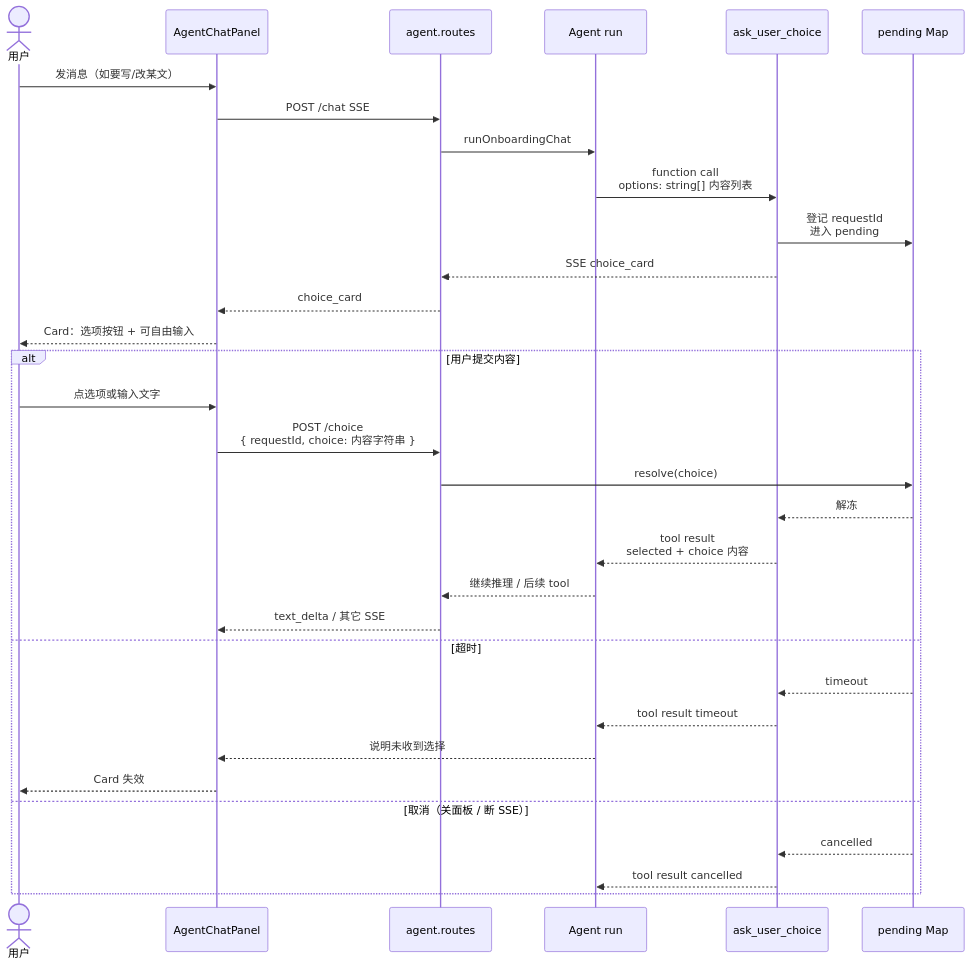
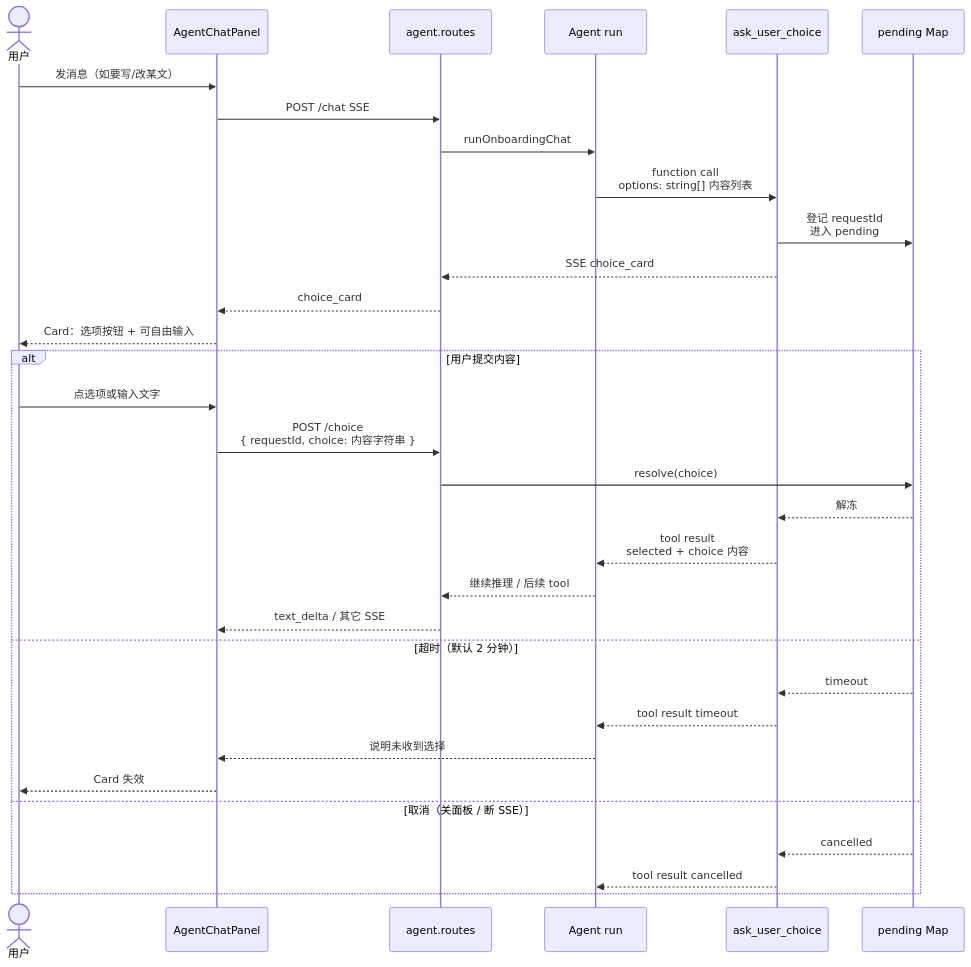
One commit to xuhuafeifei/mdocs changed the first of 2 diagrams in .mdocs-docs/diagrams/ask-user-choice-flow.md. Above: the diagram before and after it, drawn with Mermaid. The commit also changed other lines of this file and 17 other files, not shown here.

````diff
--- a/.mdocs-docs/diagrams/ask-user-choice-flow.md
+++ b/.mdocs-docs/diagrams/ask-user-choice-flow.md
@@ -7,37 +7,37 @@
 ```mermaid
 sequenceDiagram
   actor U as 用户
   participant UI as AgentChatPanel
   participant API as agent.routes
   participant Ag as Agent run
   participant T as ask_user_choice
   participant Pend as pending Map
 
   U->>UI: 发消息（如要写/改某文）
   UI->>API: POST /chat SSE
   API->>Ag: runOnboardingChat
   Ag->>T: function call<br/>options: string[] 内容列表
 
   T->>Pend: 登记 requestId<br/>进入 pending
   T-->>API: SSE choice_card
   API-->>UI: choice_card
   UI-->>U: Card：选项按钮 + 可自由输入
 
   alt 用户提交内容
     U->>UI: 点选项或输入文字
     UI->>API: POST /choice<br/>{ requestId, choice: 内容字符串 }
     API->>Pend: resolve(choice)
     Pend-->>T: 解冻
     T-->>Ag: tool result<br/>selected + choice 内容
     Ag-->>API: 继续推理 / 后续 tool
     API-->>UI: text_delta / 其它 SSE
-  else 超时
+  else 超时（默认 2 分钟）
     Pend-->>T: timeout
     T-->>Ag: tool result timeout
     Ag-->>UI: 说明未收到选择
     UI-->>U: Card 失效
   else 取消（关面板 / 断 SSE）
     Pend-->>T: cancelled
     T-->>Ag: tool result cancelled
   end
 ```
````
